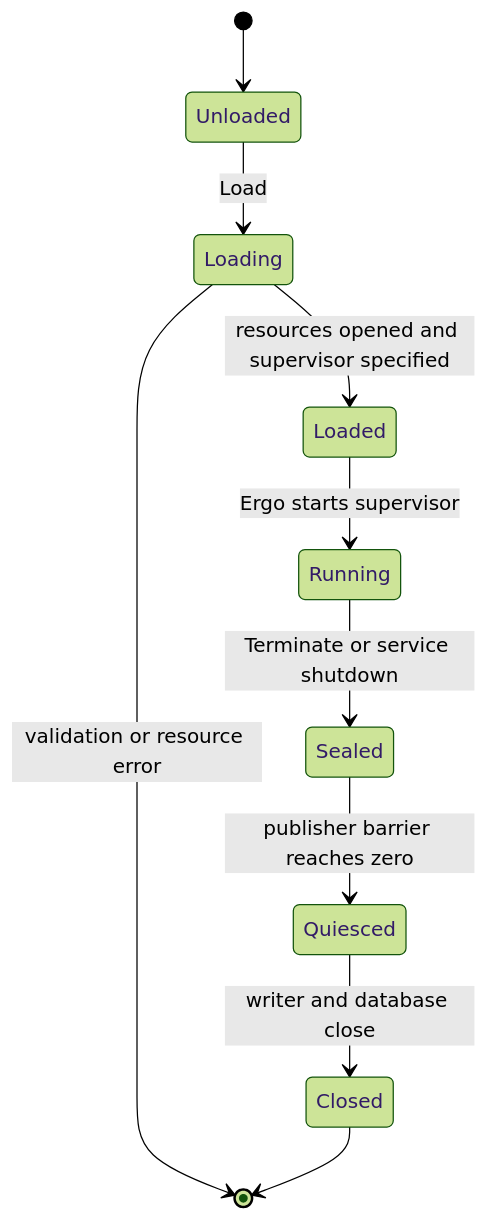
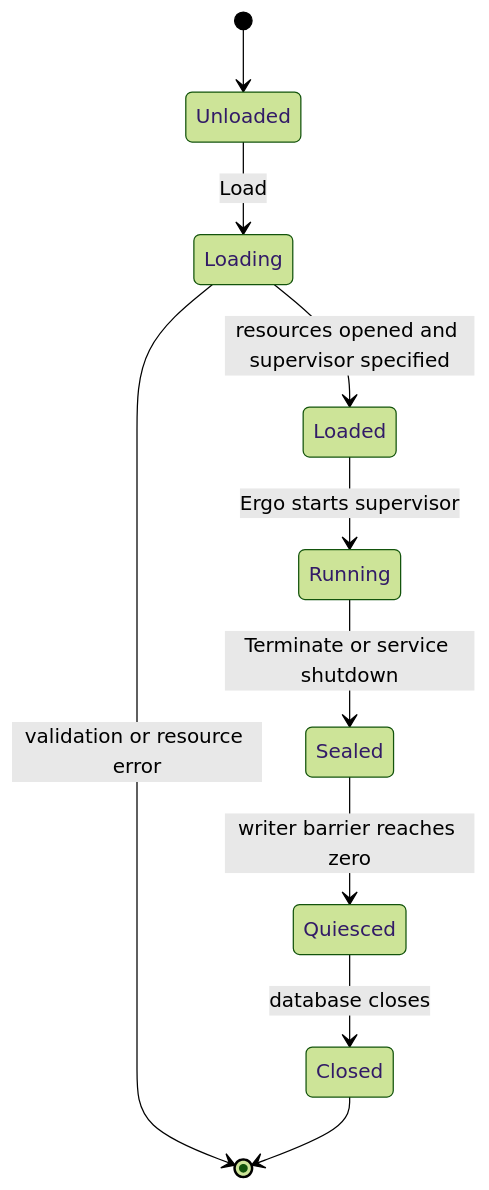
Before and after one commit to HarishHary/blink: the second of 8 diagrams in docs/internals/controller-runtime.md, drawn with Mermaid (forest theme). The commit also changed other lines of this file and 115 other files, not shown here.

````diff
--- a/docs/internals/controller-runtime.md
+++ b/docs/internals/controller-runtime.md
@@ -67,12 +78,12 @@
 ```mermaid
 stateDiagram-v2
   [*] --> Unloaded
   Unloaded --> Loading: Load
   Loading --> Loaded: resources opened and supervisor specified
   Loading --> [*]: validation or resource error
   Loaded --> Running: Ergo starts supervisor
   Running --> Sealed: Terminate or service shutdown
-  Sealed --> Quiesced: publisher barrier reaches zero
-  Quiesced --> Closed: writer and database close
+  Sealed --> Quiesced: writer barrier reaches zero
+  Quiesced --> Closed: database closes
   Closed --> [*]
 ```
````
